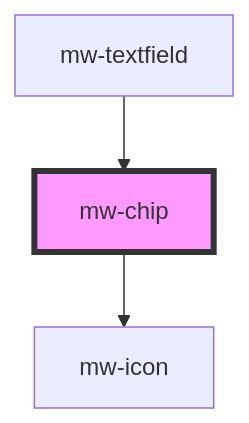
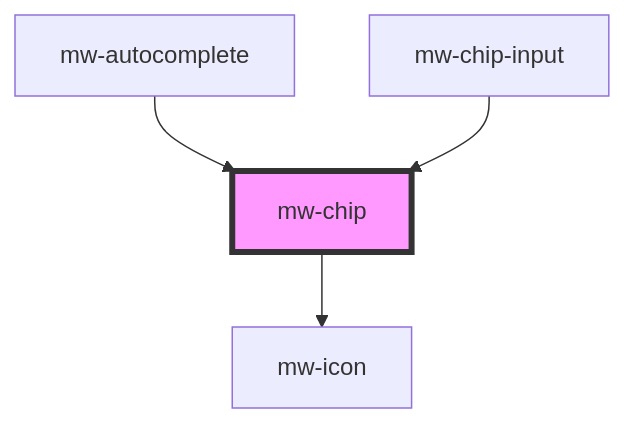
One commit to MaibornWolff/mwui changed the diagram in mwui-stencil/src/components/mw-chip/readme.md. Above: the diagram before and after it, drawn with Mermaid. The commit also changed other lines of this file and 25 other files, not shown here.

````diff
--- a/mwui-stencil/src/components/mw-chip/readme.md
+++ b/mwui-stencil/src/components/mw-chip/readme.md
@@ -35,6 +37,7 @@
 ```mermaid
 graph TD;
   mw-chip --> mw-icon
-  mw-textfield --> mw-chip
+  mw-autocomplete --> mw-chip
+  mw-chip-input --> mw-chip
   style mw-chip fill:#f9f,stroke:#333,stroke-width:4px
 ```
````
